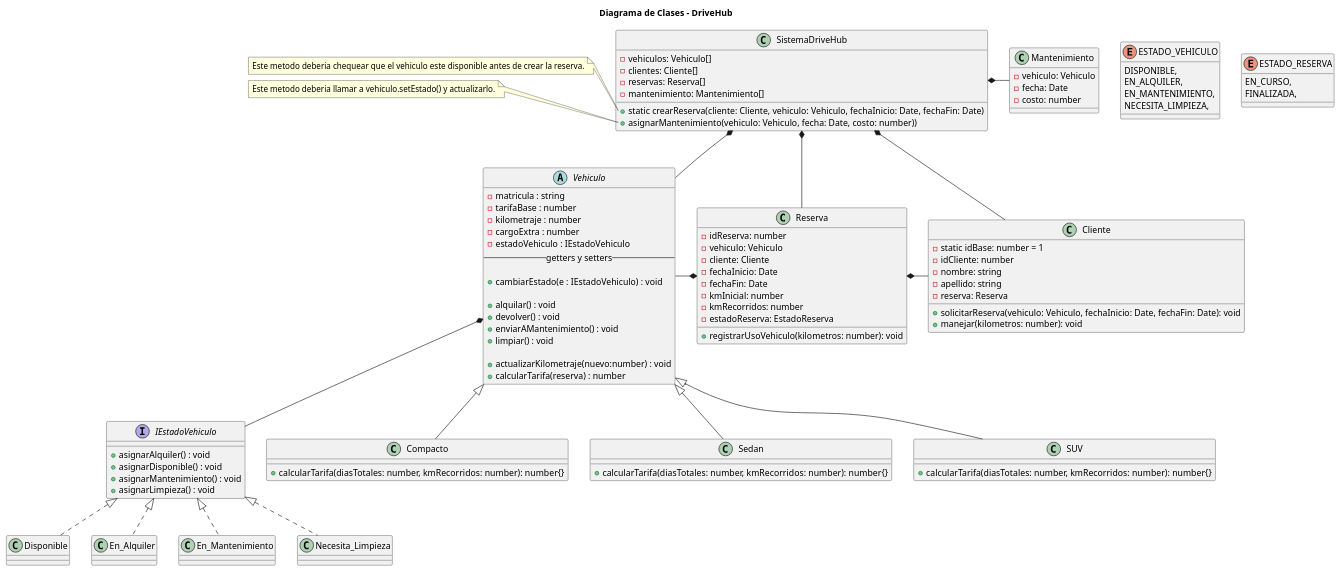
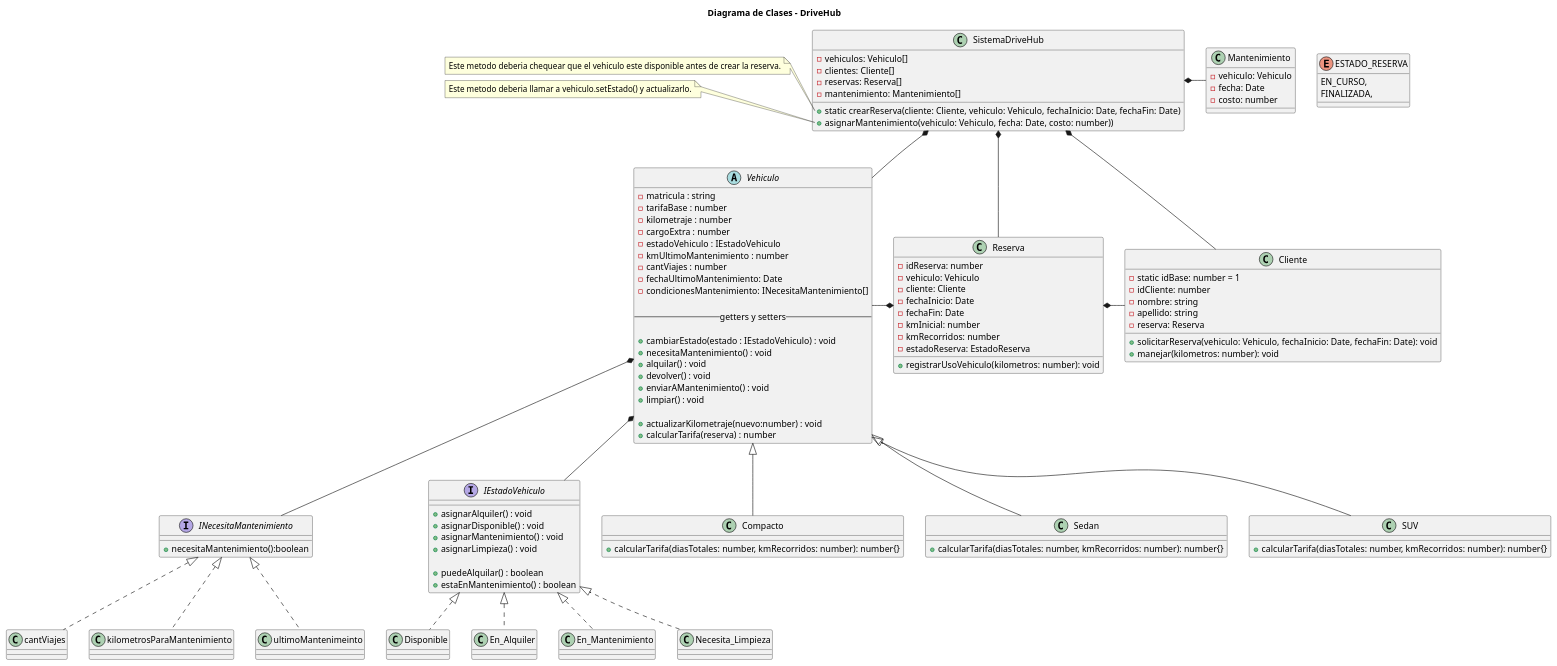
One commit to MatiasFernandez87/DriveHub_TP changed the diagram in diagram/clases.puml. Above: the diagram before and after it, drawn with PlantUML.

Commit message:
actualizacion de Puml

```diff
--- a/diagram/clases.puml
+++ b/diagram/clases.puml
@@ -1,124 +1,134 @@
 @startuml DriveHub
 
 ' El diagrama de clases es orientativo, podra sufrir cambios a medida que avance el proyecto.
 
 title Diagrama de Clases - DriveHub
 
 
-enum ESTADO_VEHICULO {
-    DISPONIBLE,
-    EN_ALQUILER,
-    EN_MANTENIMIENTO,
-    NECESITA_LIMPIEZA,
-}
-
 enum ESTADO_RESERVA{
     EN_CURSO,
     FINALIZADA,
 }
+
+interface INecesitaMantenimiento{
+    +necesitaMantenimiento():boolean
+}
+
+class cantViajes implements INecesitaMantenimiento
+class kilometrosParaMantenimiento implements INecesitaMantenimiento
+class ultimoMantenimeinto implements INecesitaMantenimiento
 
 interface IEstadoVehiculo {
     + asignarAlquiler() : void
     + asignarDisponible() : void
     + asignarMantenimiento() : void
     + asignarLimpieza() : void
+
+    + puedeAlquilar() : boolean
+    + estaEnMantenimiento() : boolean 
 }
 
 class Disponible implements IEstadoVehiculo
 class En_Alquiler implements IEstadoVehiculo
 class En_Mantenimiento implements IEstadoVehiculo
 class Necesita_Limpieza implements IEstadoVehiculo
 
 abstract class Vehiculo {
     - matricula : string
     - tarifaBase : number
     - kilometraje : number
     - cargoExtra : number
     - estadoVehiculo : IEstadoVehiculo
+    - kmUltimoMantenimiento : number
+    - cantViajes : number
+    - fechaUltimoMantenimiento: Date
+    - condicionesMantenimiento: INecesitaMantenimiento[]
+
     --getters y setters--
 
-    + cambiarEstado(e : IEstadoVehiculo) : void
-
+    + cambiarEstado(estado : IEstadoVehiculo) : void
+    + necesitaMantenimiento() : void
     + alquilar() : void
     + devolver() : void
     + enviarAMantenimiento() : void
     + limpiar() : void
 
     + actualizarKilometraje(nuevo:number) : void
     + calcularTarifa(reserva) : number
 }
 
 class Compacto extends Vehiculo {
     + calcularTarifa(diasTotales: number, kmRecorridos: number): number{}
 }
 
 class Sedan extends Vehiculo {
     + calcularTarifa(diasTotales: number, kmRecorridos: number): number{}
 }
 
 class SUV extends Vehiculo {
     + calcularTarifa(diasTotales: number, kmRecorridos: number): number{}
 }
 
 class Cliente {
     - static idBase: number = 1
     - idCliente: number
     - nombre: string
     - apellido: string
     - reserva: Reserva
 
     + solicitarReserva(vehiculo: Vehiculo, fechaInicio: Date, fechaFin: Date): void
     + manejar(kilometros: number): void
     
 }
 
 class Reserva {
     - idReserva: number
     - vehiculo: Vehiculo
     - cliente: Cliente
     - fechaInicio: Date
     - fechaFin: Date
     - kmInicial: number
     - kmRecorridos: number
     - estadoReserva: EstadoReserva    
 
     + registrarUsoVehiculo(kilometros: number): void
 }
 
 class Mantenimiento {
     - vehiculo: Vehiculo
     - fecha: Date
     - costo: number
 }
 
 class SistemaDriveHub {
     - vehiculos: Vehiculo[]
     - clientes: Cliente[]
     - reservas: Reserva[]
     - mantenimiento: Mantenimiento[]    
 
     + static crearReserva(cliente: Cliente, vehiculo: Vehiculo, fechaInicio: Date, fechaFin: Date)        
     + asignarMantenimiento(vehiculo: Vehiculo, fecha: Date, costo: number)) 
 
 }
 
 'notas
 note left of SistemaDriveHub::crearReserva
     Este metodo deberia chequear que el vehiculo este disponible antes de crear la reserva.
 end note
 
 note left of SistemaDriveHub::asignarMantenimiento
     Este metodo deberia llamar a vehiculo.setEstado() y actualizarlo.
 end note
 
 
 SistemaDriveHub *-- Vehiculo
 SistemaDriveHub *-- Cliente
 SistemaDriveHub *-- Reserva
 SistemaDriveHub *-r- Mantenimiento
 Vehiculo *-- IEstadoVehiculo
+Vehiculo *-- INecesitaMantenimiento
 
 Reserva *-r- Cliente
 Reserva *-l- Vehiculo
 
 @enduml
```
